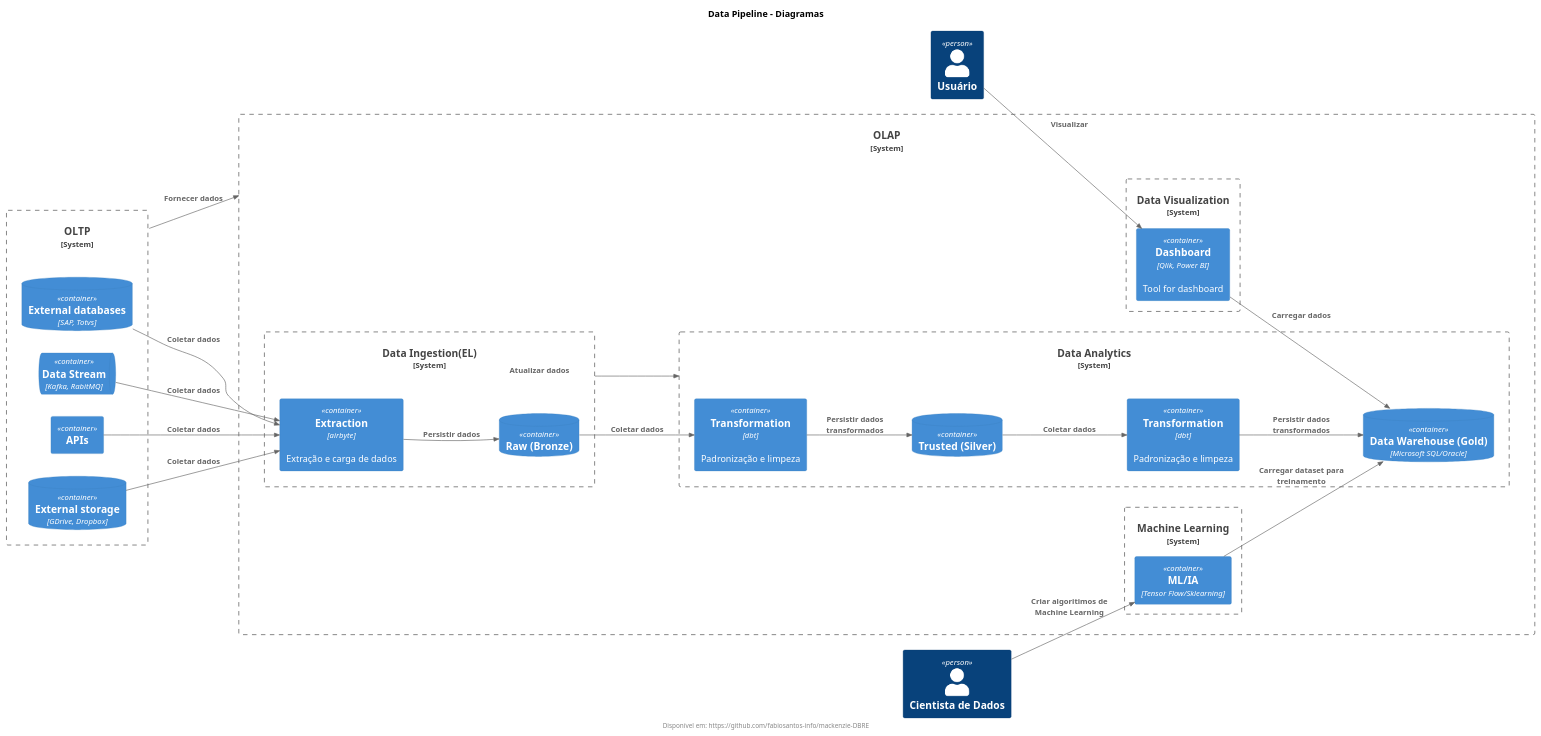
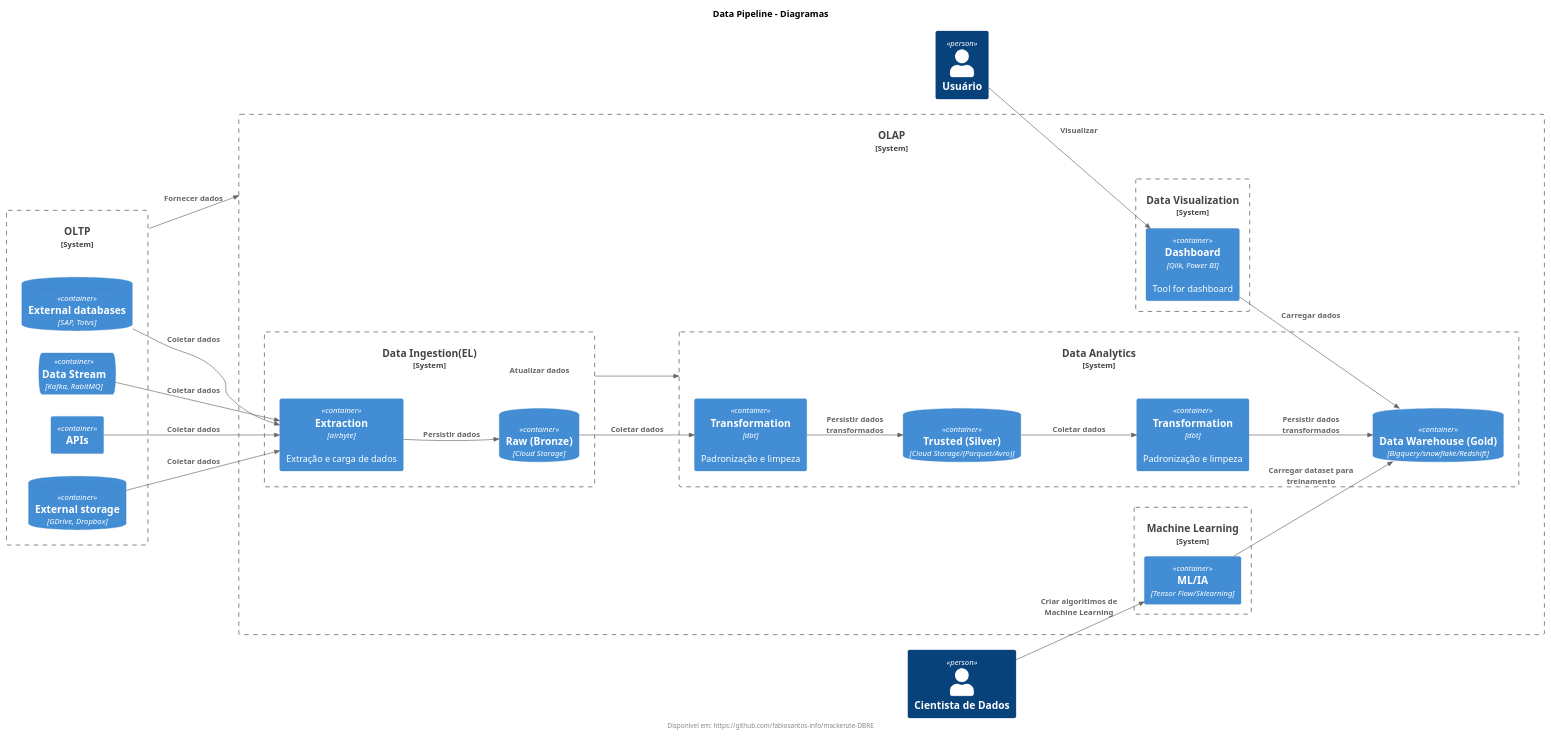
One commit to acnaweb/mackenzie changed the diagram in diagrams/data_pipeline.wsd. Above: the diagram before and after it, drawn with PlantUML.

Commit message:
PlantUml

```diff
--- a/diagrams/data_pipeline.wsd
+++ b/diagrams/data_pipeline.wsd
@@ -1,63 +1,63 @@
 @startuml data_pipeline
 !include https://raw.githubusercontent.com/plantuml-stdlib/C4-PlantUML/master/C4_Container.puml
 title Data Pipeline - Diagramas
 footer Disponível em: https://github.com/fabiosantos-info/mackenzie-DBRE
 LAYOUT_LEFT_RIGHT()
 
 Person(user, "Usuário")
 Person(data_scientist, "Cientista de Dados")
 
 System_Boundary(olap, "OLAP") {
 
     System_Boundary(dataviz, "Data Visualization") {
         Container(dash, "Dashboard", "Qlik, Power BI", "Tool for dashboard")
     }
 
     System_Boundary(ml, "Machine Learning") {
         Container(ia, "ML/IA", "Tensor Flow/Sklearning", "")        
     }
     System_Boundary(analytics, "Data Analytics") {
 
-        ContainerDb(silver, "Trusted (Silver)", "")
+        ContainerDb(silver, "Trusted (Silver)", "Cloud Storage/(Parquet/Avro)")
         Container(transformation_bronze_silver, "Transformation", "dbt", "Padronização e limpeza")
 
-        ContainerDb(gold, "Data Warehouse (Gold)", "Microsoft SQL/Oracle")
+        ContainerDb(gold, "Data Warehouse (Gold)", "Bigquery/snowflake/Redshift")
         Container(transformation_silver_gold, "Transformation", "dbt", "Padronização e limpeza")
     }
 
     System_Boundary(ingestion, "Data Ingestion(EL)") {
-        ContainerDb(bronze, "Raw (Bronze)" )
+        ContainerDb(bronze, "Raw (Bronze)", "Cloud Storage" )
         Container(extraction, "Extraction", "airbyte", "Extração e carga de dados")
     }
 }
 
 System_Boundary(oltp, "OLTP") {
     ContainerDb(external_db, "External databases", "SAP, Totvs")
     ContainerQueue(external_queue, "Data Stream", "Kafka, RabitMQ")
     Container(external_api, "APIs")
     ContainerDb(external_storage, "External storage", "GDrive, Dropbox")
 }
 
 Rel(external_db, extraction, "Coletar dados")
 Rel(external_queue, extraction, "Coletar dados")
 Rel(external_api, extraction, "Coletar dados")
 Rel(external_storage, extraction, "Coletar dados")
 Rel(extraction, bronze, "Persistir dados")
 
 Rel(oltp, olap, "Fornecer dados")
 Rel(ingestion, analytics, "Atualizar dados")
 
 
 Rel(bronze, transformation_bronze_silver, "Coletar dados")
 Rel(transformation_bronze_silver, silver, "Persistir dados transformados")
 
 Rel(silver, transformation_silver_gold, "Coletar dados")
 Rel(transformation_silver_gold, gold, "Persistir dados transformados")
 
 Rel(user, dash, "Visualizar")
 Rel(dash, gold, "Carregar dados")
 
 Rel(data_scientist, ia, "Criar algoritimos de Machine Learning")
 Rel(ia, gold, "Carregar dataset para treinamento")
 
 @enduml
```
